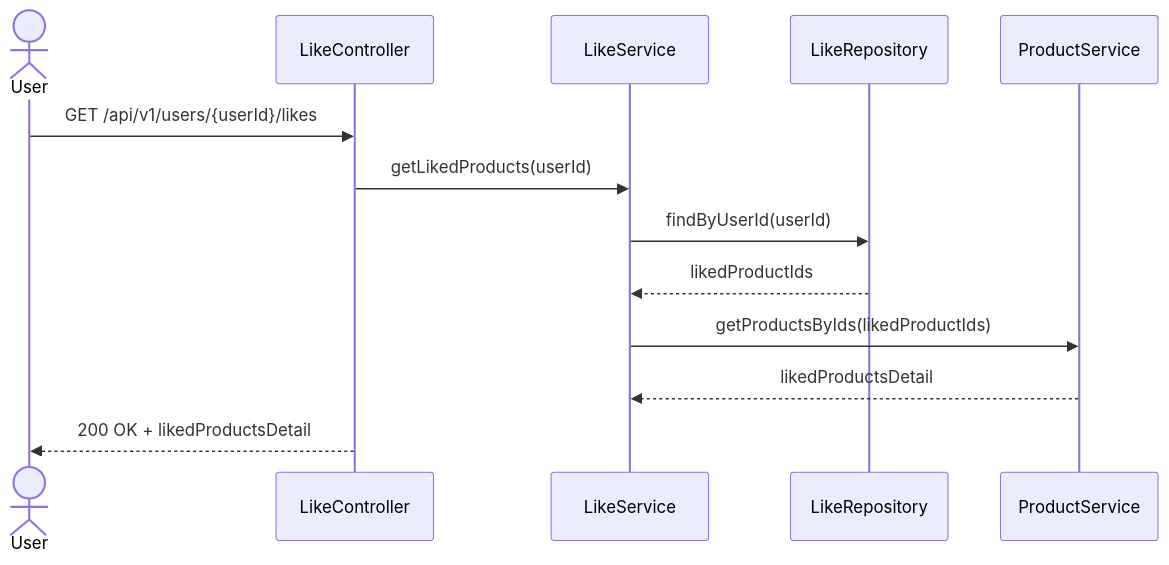
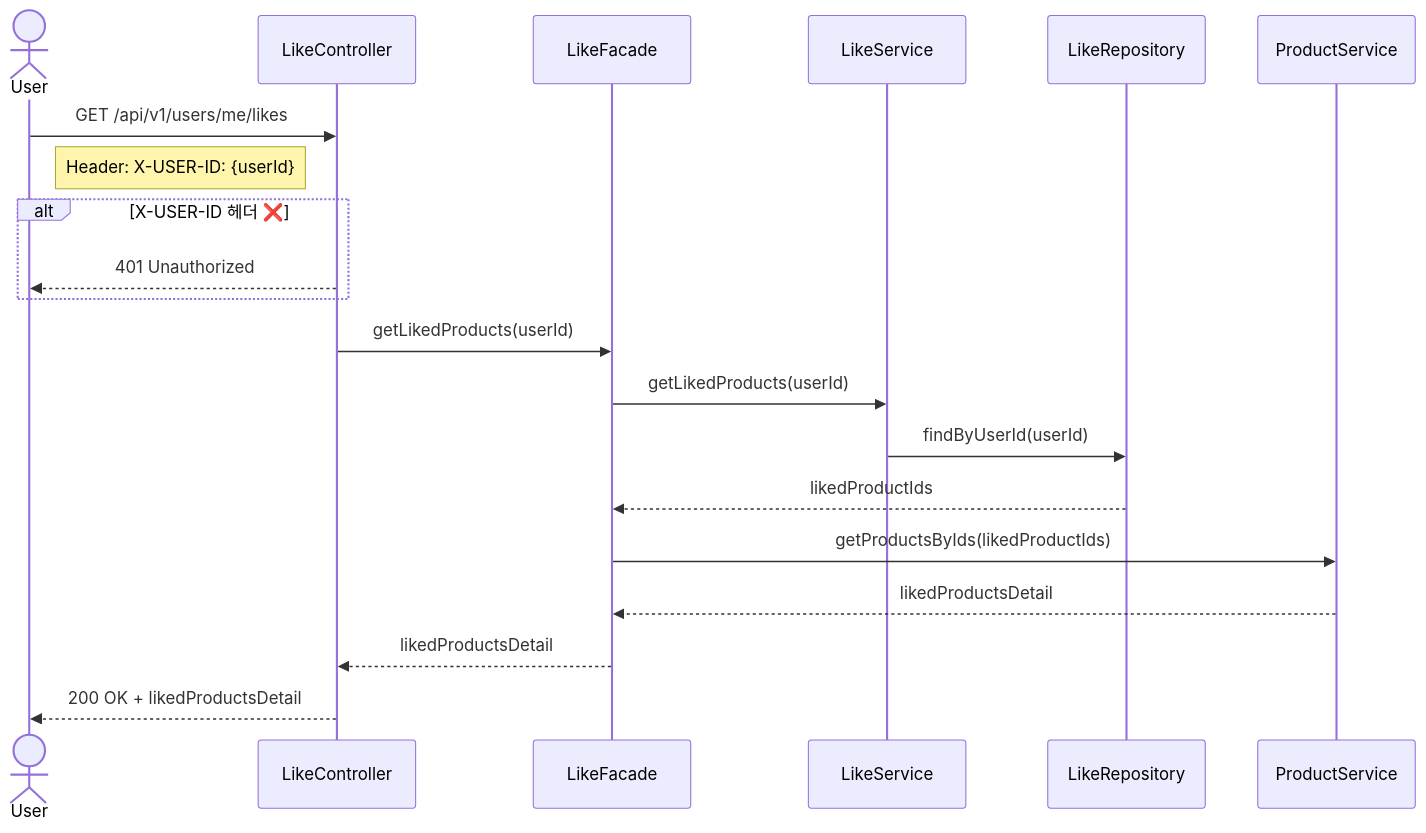
The second of 5 diagrams in docs/design/02-sequence-diagrams.md (yuneong/loopers), drawn with Mermaid before and after one commit. The commit also changed other lines of this file and 1 other file, not shown here.

Commit message:
docs: 좋아요(likes) 요구사항 정의서, 시퀀스 다이어그램 수정

````diff
--- a/docs/design/02-sequence-diagrams.md
+++ b/docs/design/02-sequence-diagrams.md
@@ -43,20 +54,27 @@
 ```mermaid
 sequenceDiagram
     actor User
     participant LikeController
+    participant LikeFacade
     participant LikeService
     participant LikeRepository
     participant ProductService
    
-    User->>LikeController: GET /api/v1/users/{userId}/likes
+    User->>LikeController: GET /api/v1/users/me/likes
+    note right of User: Header: X-USER-ID: {userId}
+    alt X-USER-ID 헤더 ❌
+        LikeController-->>User: 401 Unauthorized
+    end
     
-    LikeController->>LikeService: getLikedProducts(userId)
+    LikeController->>LikeFacade: getLikedProducts(userId)
+    LikeFacade->>LikeService: getLikedProducts(userId)
     
     LikeService->>LikeRepository: findByUserId(userId)
-    LikeRepository-->>LikeService: likedProductIds
+    LikeRepository-->>LikeFacade: likedProductIds
     
-    LikeService->>ProductService: getProductsByIds(likedProductIds)
-    ProductService-->>LikeService: likedProductsDetail
+    LikeFacade->>ProductService: getProductsByIds(likedProductIds)
+    ProductService-->>LikeFacade: likedProductsDetail
     
+    LikeFacade-->>LikeController: likedProductsDetail
     LikeController-->>User: 200 OK + likedProductsDetail
 ```
````
